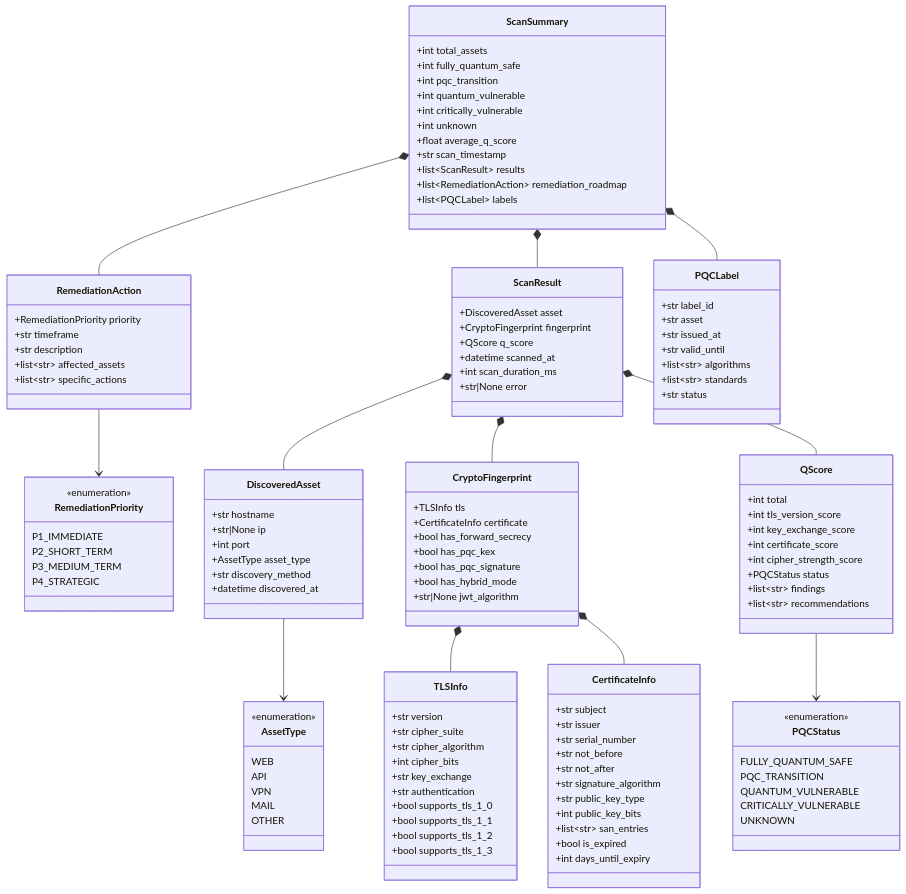
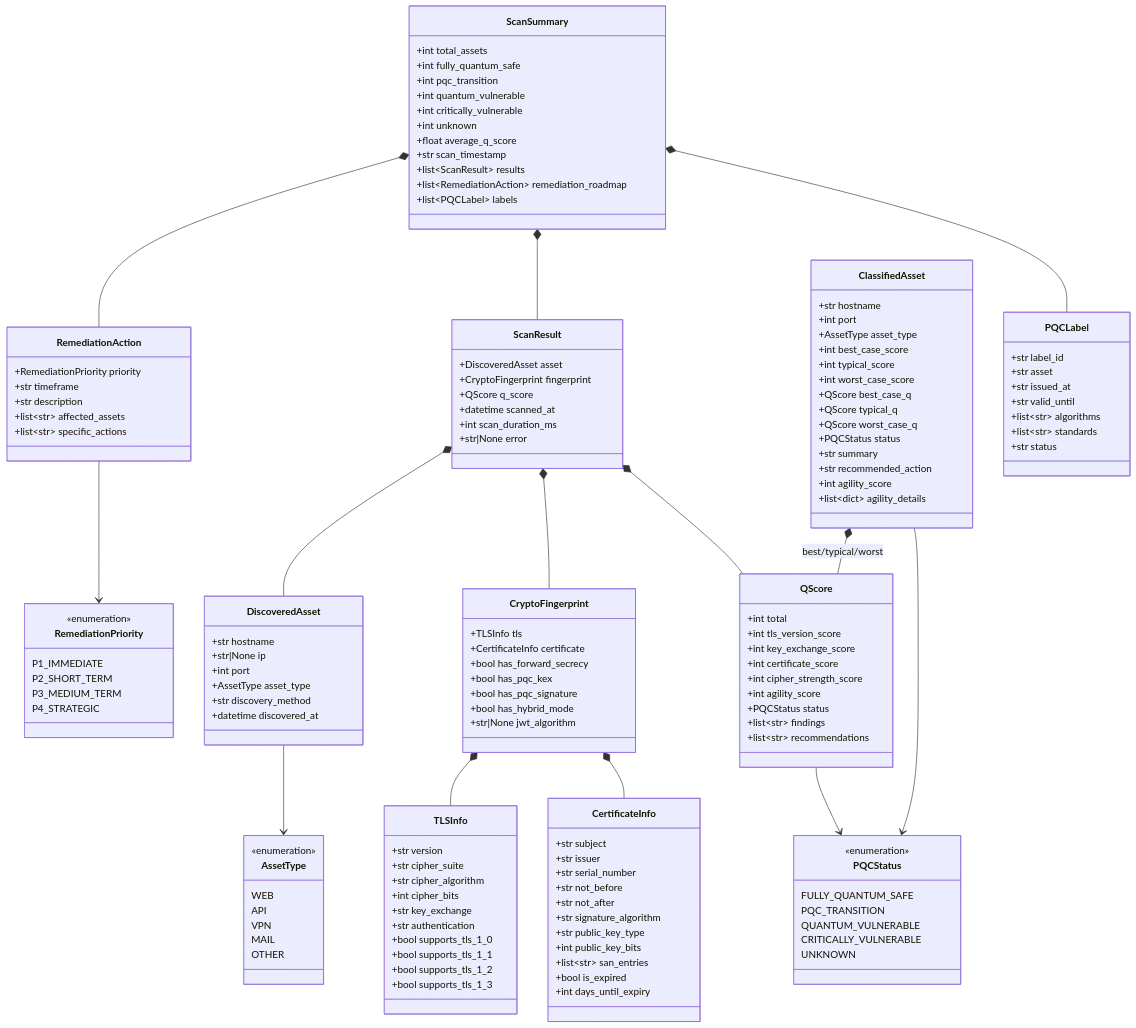
The fifth of 8 diagrams in README.md (Aniket03052006/PNB), drawn with Mermaid before and after one commit. The commit also changed other lines of this file and 9 other files, not shown here.

```diff
--- a/README.md
+++ b/README.md
@@ -678,9 +714,27 @@
         +int key_exchange_score
         +int certificate_score
         +int cipher_strength_score
+        +int agility_score
         +PQCStatus status
         +list~str~ findings
         +list~str~ recommendations
+    }
+
+    class ClassifiedAsset {
+        +str hostname
+        +int port
+        +AssetType asset_type
+        +int best_case_score
+        +int typical_score
+        +int worst_case_score
+        +QScore best_case_q
+        +QScore typical_q
+        +QScore worst_case_q
+        +PQCStatus status
+        +str summary
+        +str recommended_action
+        +int agility_score
+        +list~dict~ agility_details
     }
 
     class ScanResult {
@@ -730,6 +784,8 @@
     CryptoFingerprint *-- TLSInfo
     CryptoFingerprint *-- CertificateInfo
     QScore --> PQCStatus
+    ClassifiedAsset *-- QScore : best/typical/worst
+    ClassifiedAsset --> PQCStatus
     ScanSummary *-- ScanResult
     ScanSummary *-- RemediationAction
     ScanSummary *-- PQCLabel
```
